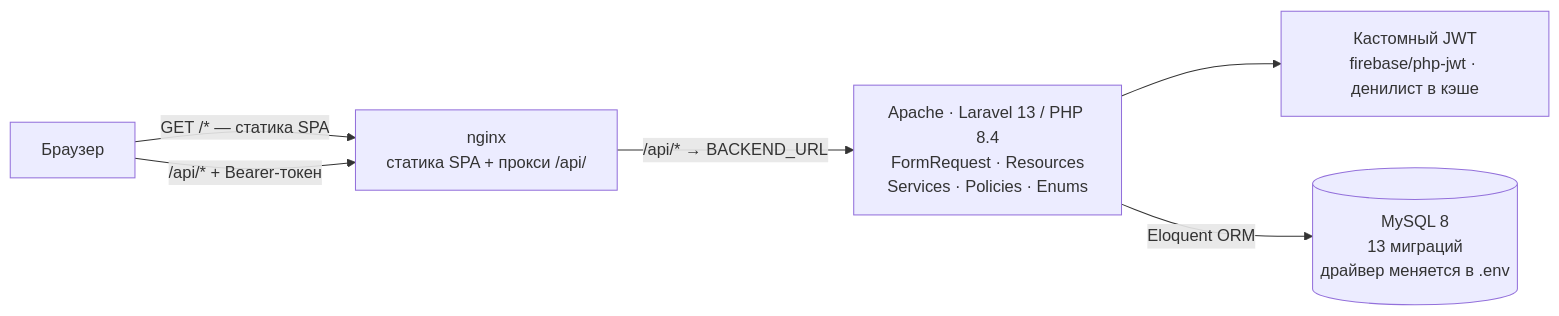
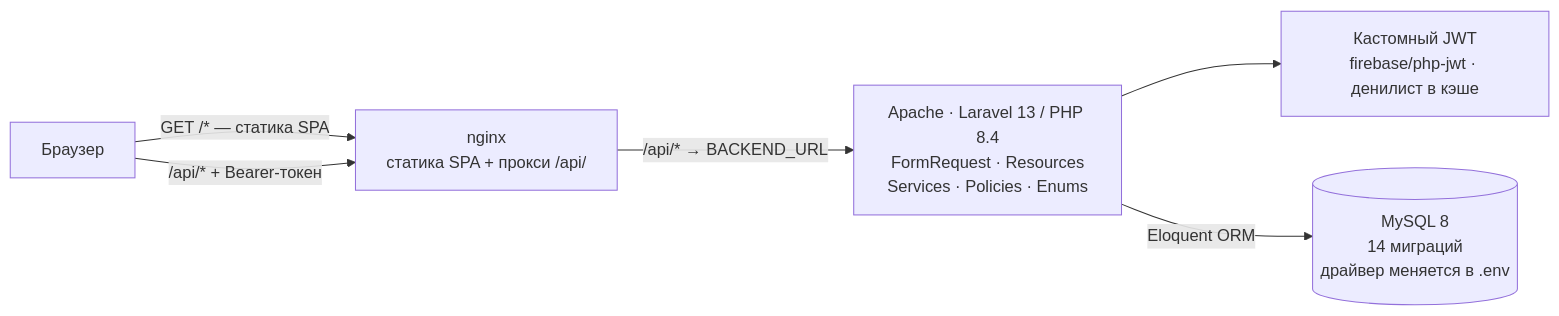
Before and after one commit to bagavund/incident: the first of 5 diagrams in SYSTEM_ANALYSIS.md, drawn with Mermaid. The commit also changed other lines of this file and 2 other files, not shown here.

````diff
--- a/SYSTEM_ANALYSIS.md
+++ b/SYSTEM_ANALYSIS.md
@@ -129,14 +129,14 @@
 ```mermaid
 flowchart LR
     BROWSER["Браузер"]
     NGINX["nginx<br/>статика SPA + прокси /api/"]
     APACHE["Apache · Laravel 13 / PHP 8.4<br/>FormRequest · Resources<br/>Services · Policies · Enums"]
     JWT["Кастомный JWT<br/>firebase/php-jwt · денилист в кэше"]
-    DB[("MySQL 8<br/>13 миграций<br/>драйвер меняется в .env")]
+    DB[("MySQL 8<br/>14 миграций<br/>драйвер меняется в .env")]
 
     BROWSER -- "GET /* — статика SPA" --> NGINX
     BROWSER -- "/api/* + Bearer-токен" --> NGINX
     NGINX -- "/api/*  →  BACKEND_URL" --> APACHE
     APACHE --> JWT
     APACHE -- "Eloquent ORM" --> DB
 ```
````
